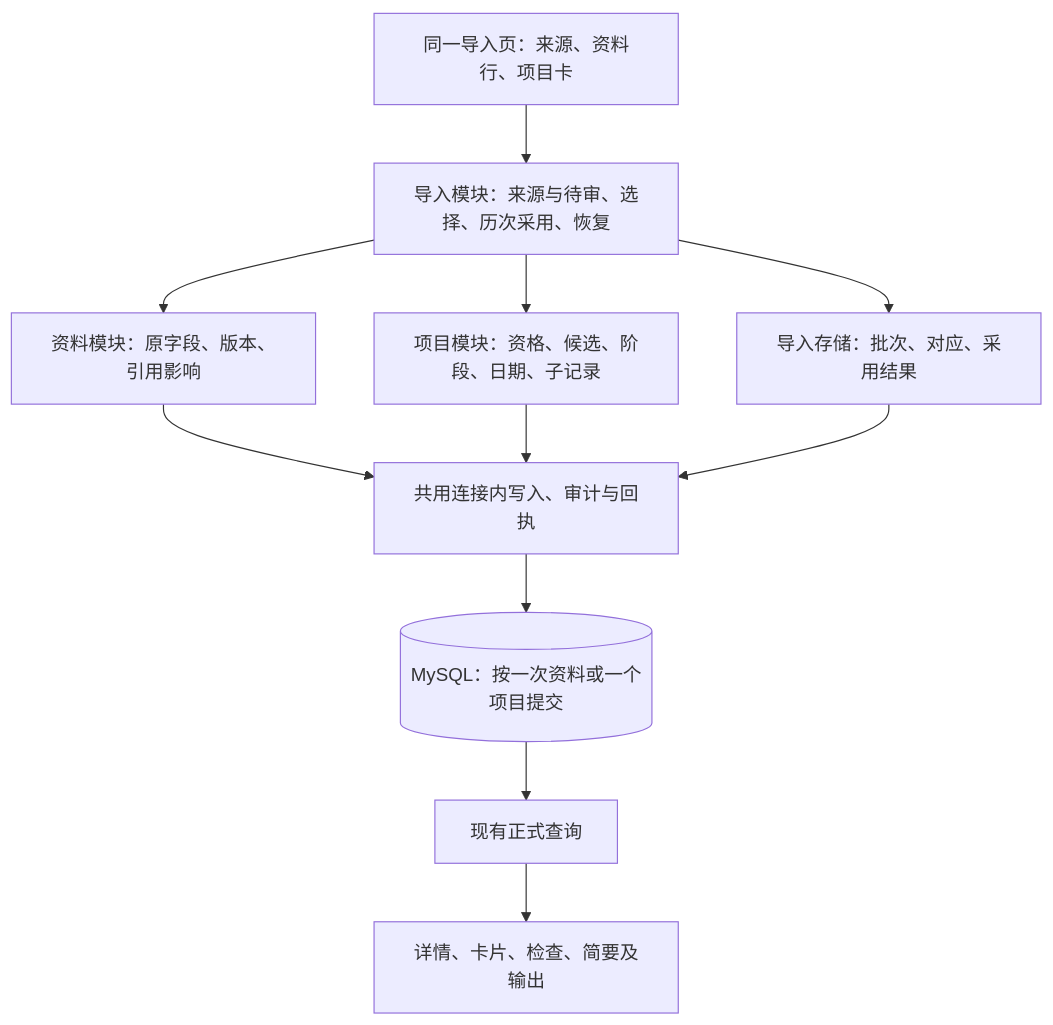
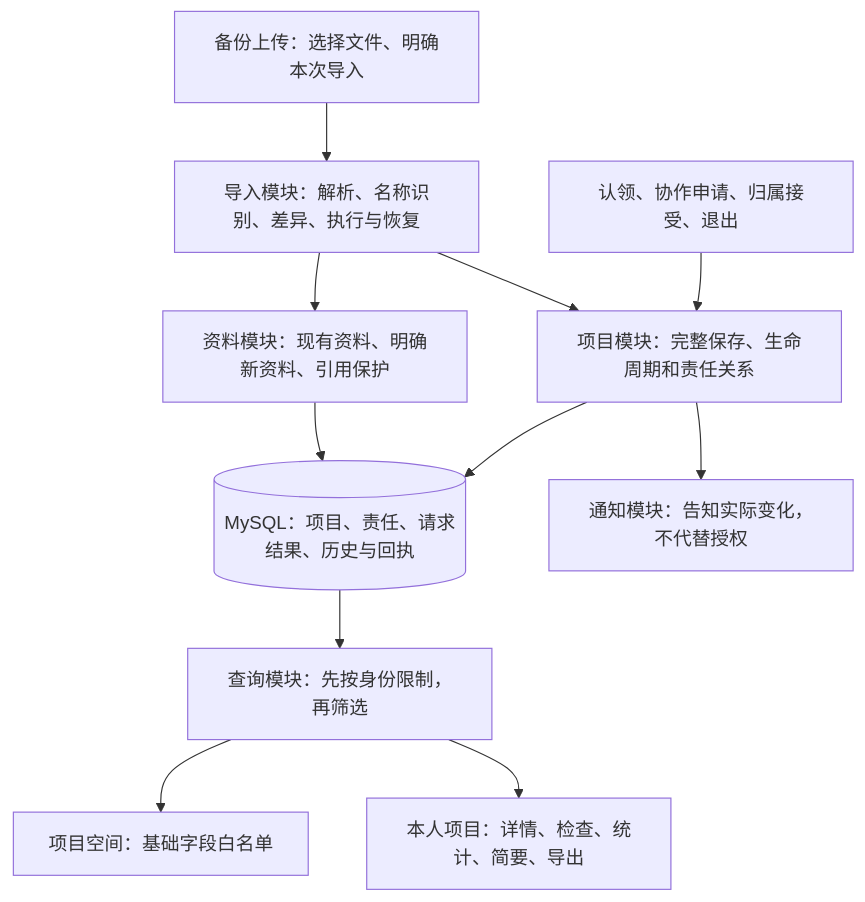
One commit to zhilihz/geekdash changed the third of 6 diagrams in docs/architecture/architecture.md. Above: the diagram before and after it, drawn with Mermaid. The commit also changed other lines of this file and 14 other files, not shown here.

````diff
--- a/docs/architecture/architecture.md
+++ b/docs/architecture/architecture.md
@@ -119,13 +102,13 @@
 ```mermaid
 flowchart TD
-    UI[同一导入页：来源、资料行、项目卡] --> IM[导入模块：来源与待审、选择、历次采用、恢复]
-    IM --> CAT[资料模块：原字段、版本、引用影响]
-    IM --> PRJ[项目模块：资格、候选、阶段、日期、子记录]
-    IM --> STORE[导入存储：批次、对应、采用结果]
-    CAT --> TX[共用连接内写入、审计与回执]
-    PRJ --> TX
-    STORE --> TX
-    TX --> DB[(MySQL：按一次资料或一个项目提交)]
-    DB --> READ[现有正式查询]
-    READ --> VIEW[详情、卡片、检查、简要及输出]
+  UI[备份上传：选择文件、明确本次导入] --> IMP[导入模块：解析、名称识别、差异、执行与恢复]
+  IMP --> CAT[资料模块：现有资料、明确新资料、引用保护]
+  IMP --> CORE[项目模块：完整保存、生命周期和责任关系]
+  REQUEST[认领、协作申请、归属接受、退出] --> CORE
+  CORE --> DB[(MySQL：项目、责任、请求结果、历史与回执)]
+  CAT --> DB
+  DB --> READ[查询模块：先按身份限制，再筛选]
+  READ --> SPACE[项目空间：基础字段白名单]
+  READ --> MINE[本人项目：详情、检查、统计、简要、导出]
+  CORE --> NOTICE[通知模块：告知实际变化，不代替授权]
 ```
````
